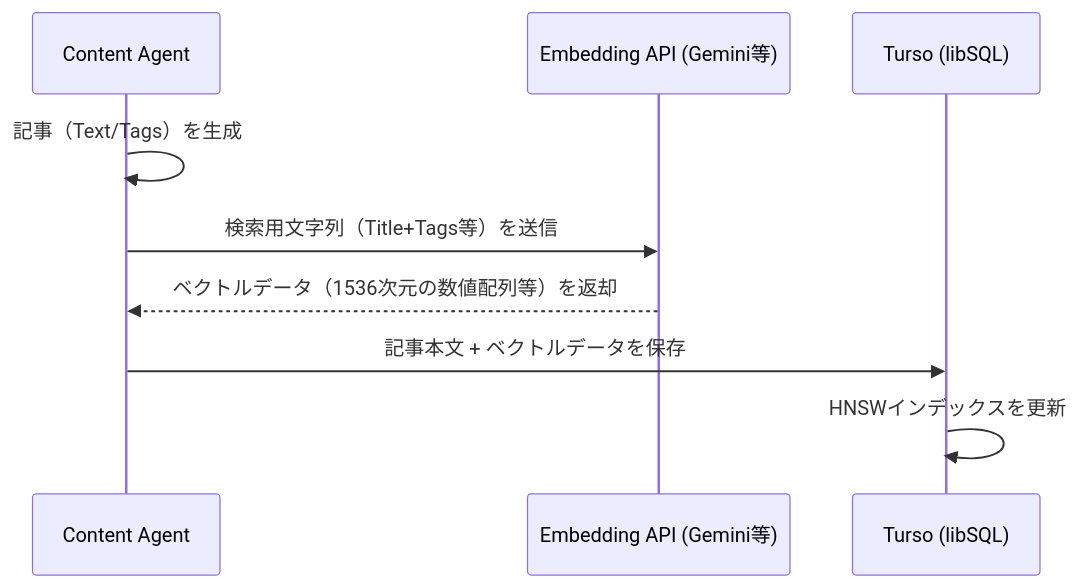
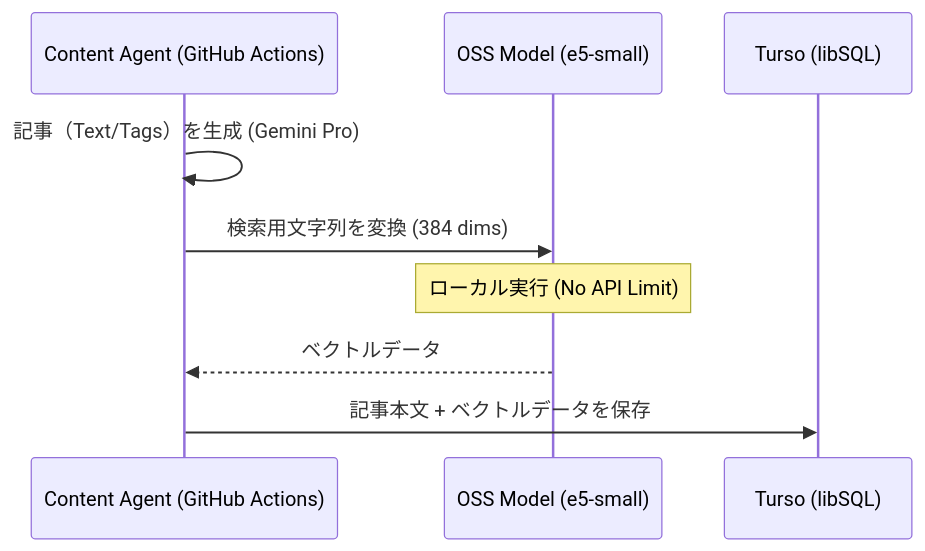
The second of 3 diagrams in docs/05_design/database-schema.md (preludio-lab/preludio-lab), drawn with Mermaid before and after one commit. The commit also changed other lines of this file, not shown here.

Commit message:
docs: adopt server-side OSS embedding architecture

````diff
--- a/docs/05_design/database-schema.md
+++ b/docs/05_design/database-schema.md
@@ -139,12 +140,12 @@
 ```mermaid
 sequenceDiagram
-    participant Agent as Content Agent
-    participant AI as Embedding API (Gemini等)
+    participant Agent as Content Agent (GitHub Actions)
+    participant LocalAI as OSS Model (e5-small)
     participant DB as Turso (libSQL)
 
-    Agent->>Agent: 記事（Text/Tags）を生成
-    Agent->>AI: 検索用文字列（Title+Tags等）を送信
-    AI-->>Agent: ベクトルデータ（1536次元の数値配列等）を返却
+    Agent->>Agent: 記事（Text/Tags）を生成 (Gemini Pro)
+    Agent->>LocalAI: 検索用文字列を変換 (384 dims)
+    Note over LocalAI: ローカル実行 (No API Limit)
+    LocalAI-->>Agent: ベクトルデータ
     Agent->>DB: 記事本文 + ベクトルデータを保存
-    DB->>DB: HNSWインデックスを更新
 ```
````
